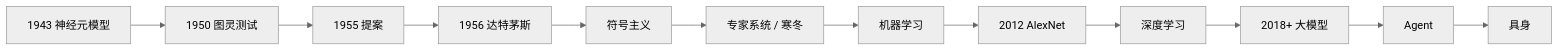
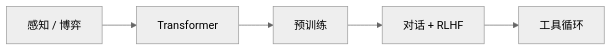
The second of 2 diagrams in 10-chronicle/12-artificial-intelligence-chronicle.md (xiaxinyu/knowledge_base), drawn with Mermaid (neutral theme) before and after one commit. The commit also changed other lines of this file and 1 other file, not shown here.

````diff
--- a/10-chronicle/12-artificial-intelligence-chronicle.md
+++ b/10-chronicle/12-artificial-intelligence-chronicle.md
@@ -354,14 +275,7 @@
 ```mermaid
 flowchart LR
-  N["1943 神经元模型"] --> T["1950 图灵测试"]
-  T --> P["1955 提案"]
-  P --> D["1956 达特茅斯"]
-  D --> S["符号主义"]
-  S --> E["专家系统 / 寒冬"]
-  E --> M["机器学习"]
-  M --> A["2012 AlexNet"]
-  A --> DL["深度学习"]
-  DL --> LM["2018+ 大模型"]
-  LM --> AG["Agent"]
-  AG --> EM["具身"]
+  A["感知 / 博弈"] --> B["Transformer"]
+  B --> C["预训练"]
+  C --> D["对话 + RLHF"]
+  D --> E["工具循环"]
 ```
````
